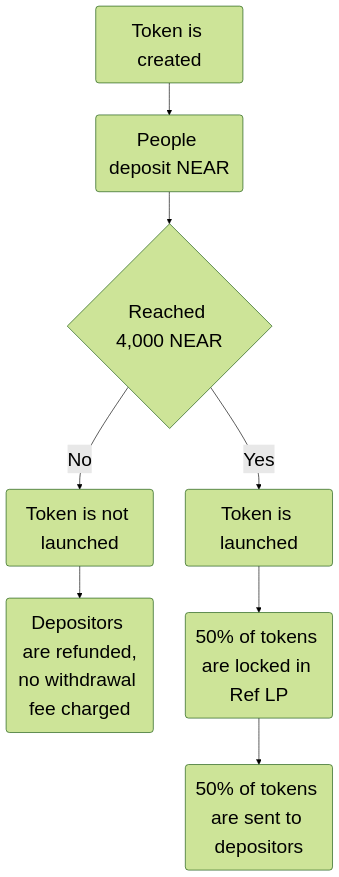
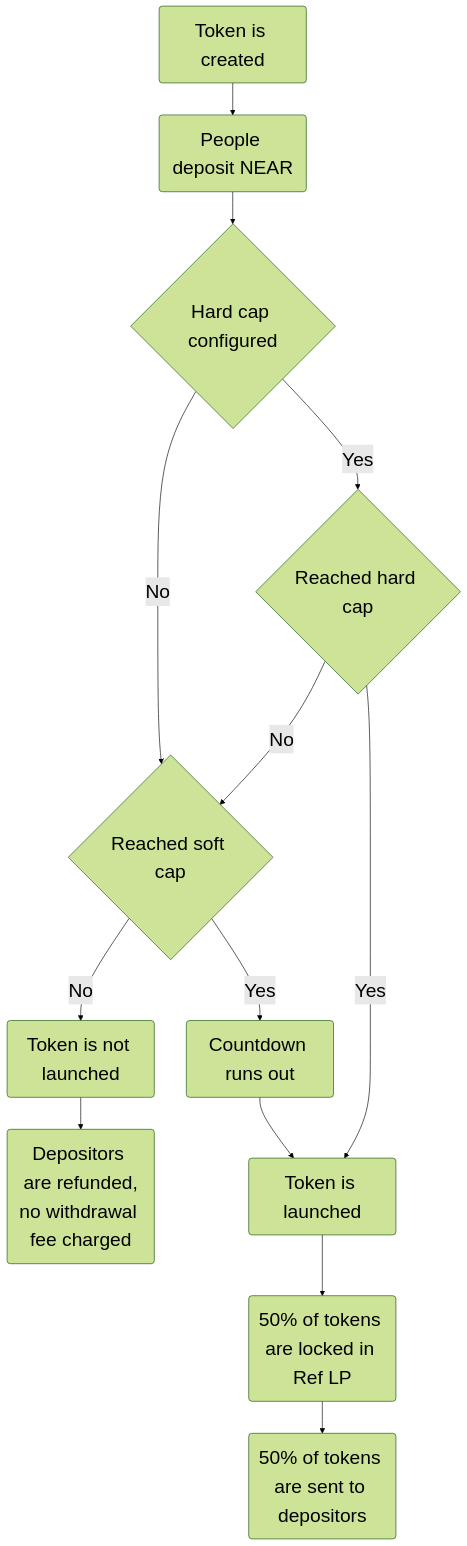
One commit to Shitzu-Apes/meme-cooking-docs changed the diagram in for-buyers/how-it-works.md. Above: the diagram before and after it, drawn with Mermaid. The commit also changed other lines of this file and 6 other files, not shown here.

````diff
--- a/for-buyers/how-it-works.md
+++ b/for-buyers/how-it-works.md
@@ -18,21 +20,26 @@
 ```mermaid
 %%{
   init: {
     'theme': 'forest',
     'themeVariables': {
       'background': '#333',
       'primaryTextColor': '#333',
       'fontSize': '30px'
     }
   }
 }%%
-graph TD;
+flowchart TD;
     A(Token is created)-->B(People deposit NEAR);
-    B-->C{Reached 4,000 NEAR}
-    C-->|No| D(Token is not launched)
-    D-->E(Depositors are refunded,<br />no withdrawal fee charged)
-    C-->|Yes| F(Token is launched)
-    F-->G(50% of tokens are locked in Ref LP)
-    G-->H(50% of tokens are sent to depositors)
+    B-->C{Hard cap configured}
+    C-->|No| E
+    C-->|Yes| D{Reached hard cap}
+    D-->|No| E{Reached soft cap}
+    D-->|Yes| J(Token is launched)
+    E-->|No| F(Token is not launched)
+    F-->I(Depositors are refunded,<br />no withdrawal fee charged)
+    E-->|Yes| G(Countdown runs out)
+    G-->J(Token is launched)
+    J-->K(50% of tokens are locked in Ref LP)
+    K-->L(50% of tokens are sent to depositors)
 
 ```
````
